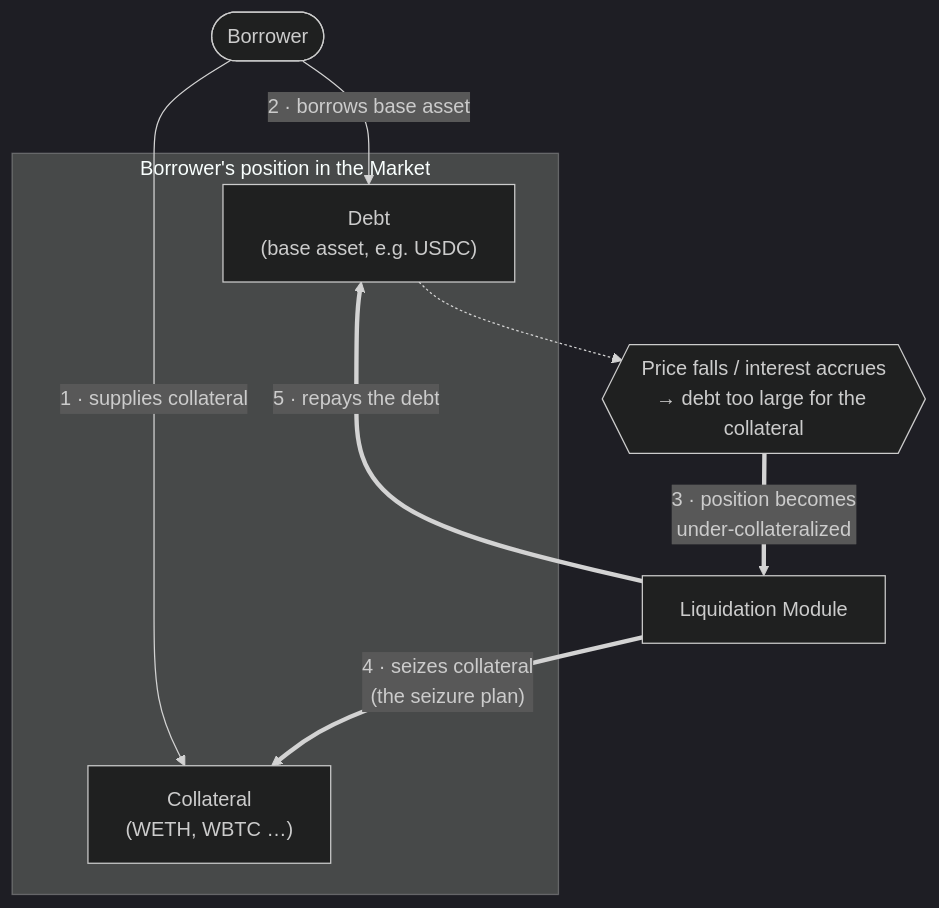
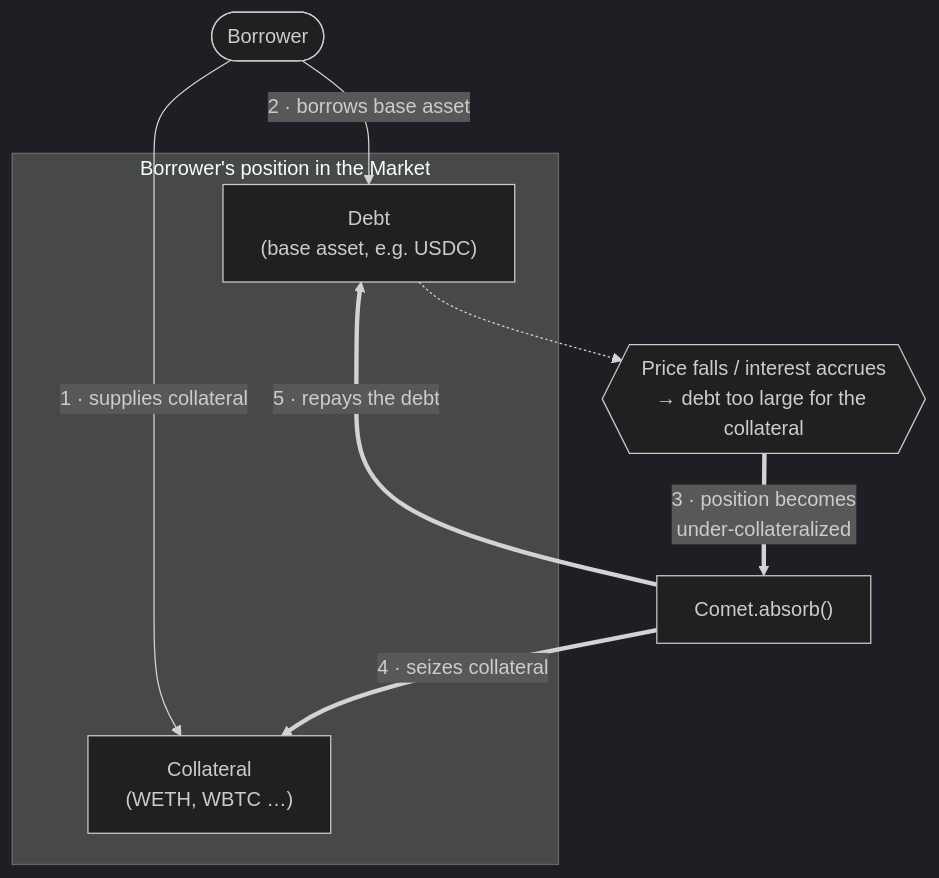
Before and after one commit to woof-software/comet: the first of 6 diagrams in docs/liquidation.md, drawn with Mermaid (dark theme). The commit also changed other lines of this file and 1 other file, not shown here.

Commit message:
docs: update document after mergin partial liq into Comet

````diff
--- a/docs/liquidation.md
+++ b/docs/liquidation.md
@@ -46,21 +46,21 @@
 ```mermaid
 flowchart TD
     Borrower([Borrower])
 
     subgraph Position["Borrower's position in the Market"]
         Collateral["Collateral<br/>(WETH, WBTC …)"]
         Debt["Debt<br/>(base asset, e.g. USDC)"]
     end
 
     Borrower -->|"1 · supplies collateral"| Collateral
     Borrower -->|"2 · borrows base asset"| Debt
 
     Price{{"Price falls / interest accrues<br/>→ debt too large for the collateral"}}
     Debt -.-> Price
 
-    Module["Liquidation Module"]
-    Price ==>|"3 · position becomes<br/>under-collateralized"| Module
+    Absorb["Comet.absorb()"]
+    Price ==>|"3 · position becomes<br/>under-collateralized"| Absorb
 
-    Module ==>|"4 · seizes collateral<br/>(the seizure plan)"| Collateral
-    Module ==>|"5 · repays the debt"| Debt
+    Absorb ==>|"4 · seizes collateral"| Collateral
+    Absorb ==>|"5 · repays the debt"| Debt
 ```
````
